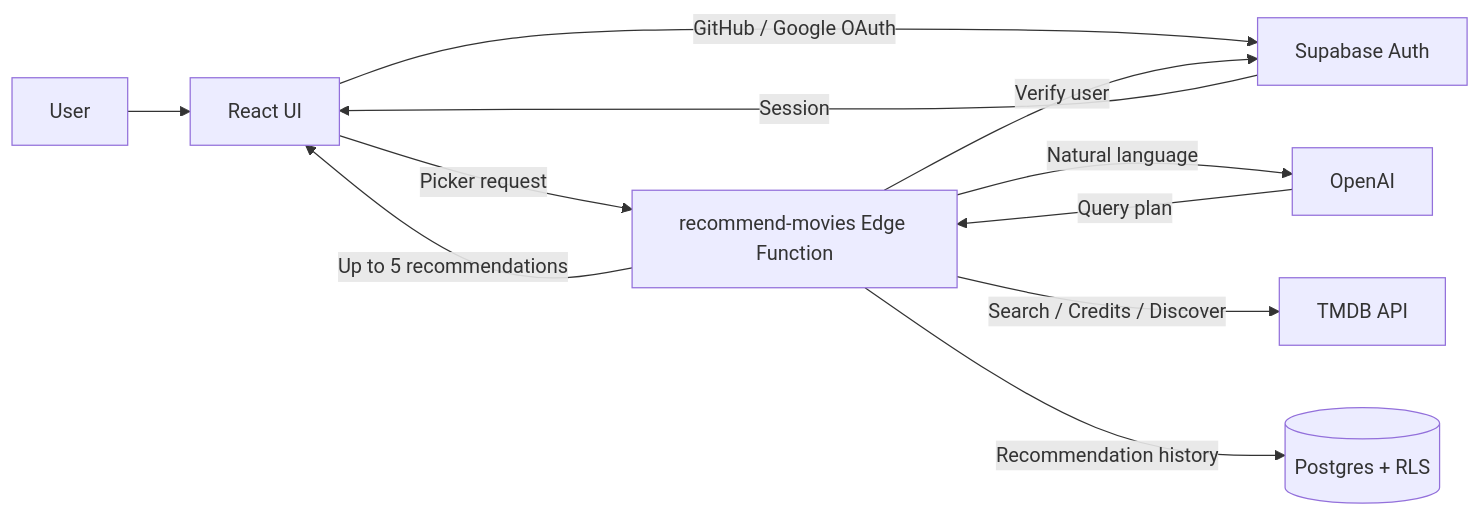
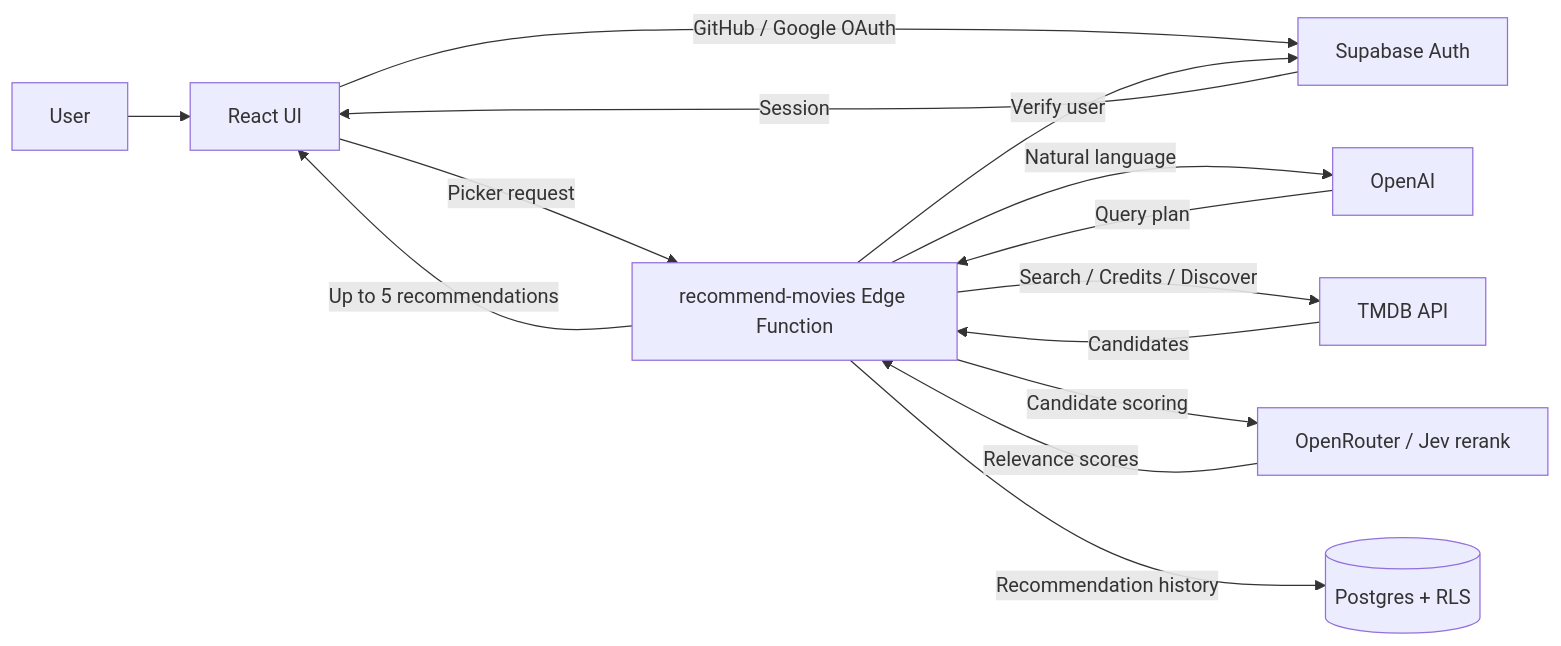
Before and after one commit to pepe1113/movie-picker: the diagram in README.en.md, drawn with Mermaid. The commit also changed other lines of this file and 2 other files, not shown here.

Commit message:
docs: 同步三語 README 的 Jev rerank 功能介紹

````diff
--- a/README.en.md
+++ b/README.en.md
@@ -63,13 +64,16 @@
 ```mermaid
 flowchart LR
   User[User] --> UI[React UI]
   UI -->|GitHub / Google OAuth| Auth[Supabase Auth]
   Auth -->|Session| UI
   UI -->|Picker request| Fn[recommend-movies Edge Function]
   Fn -->|Verify user| Auth
   Fn -->|Natural language| AI[OpenAI]
   AI -->|Query plan| Fn
   Fn -->|Search / Credits / Discover| TMDB[TMDB API]
+  TMDB -->|Candidates| Fn
+  Fn -->|Candidate scoring| Rerank[OpenRouter / Jev rerank]
+  Rerank -->|Relevance scores| Fn
   Fn -->|Recommendation history| DB[(Postgres + RLS)]
   Fn -->|Up to 5 recommendations| UI
 ```
````
